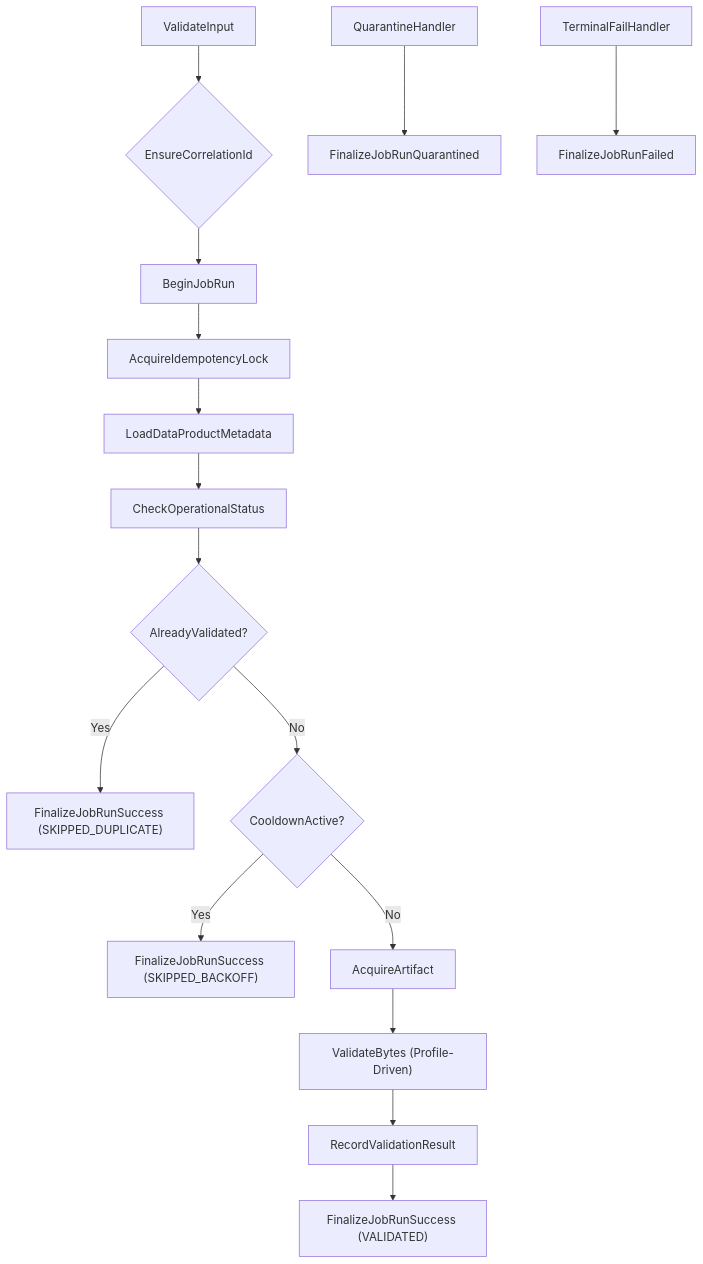
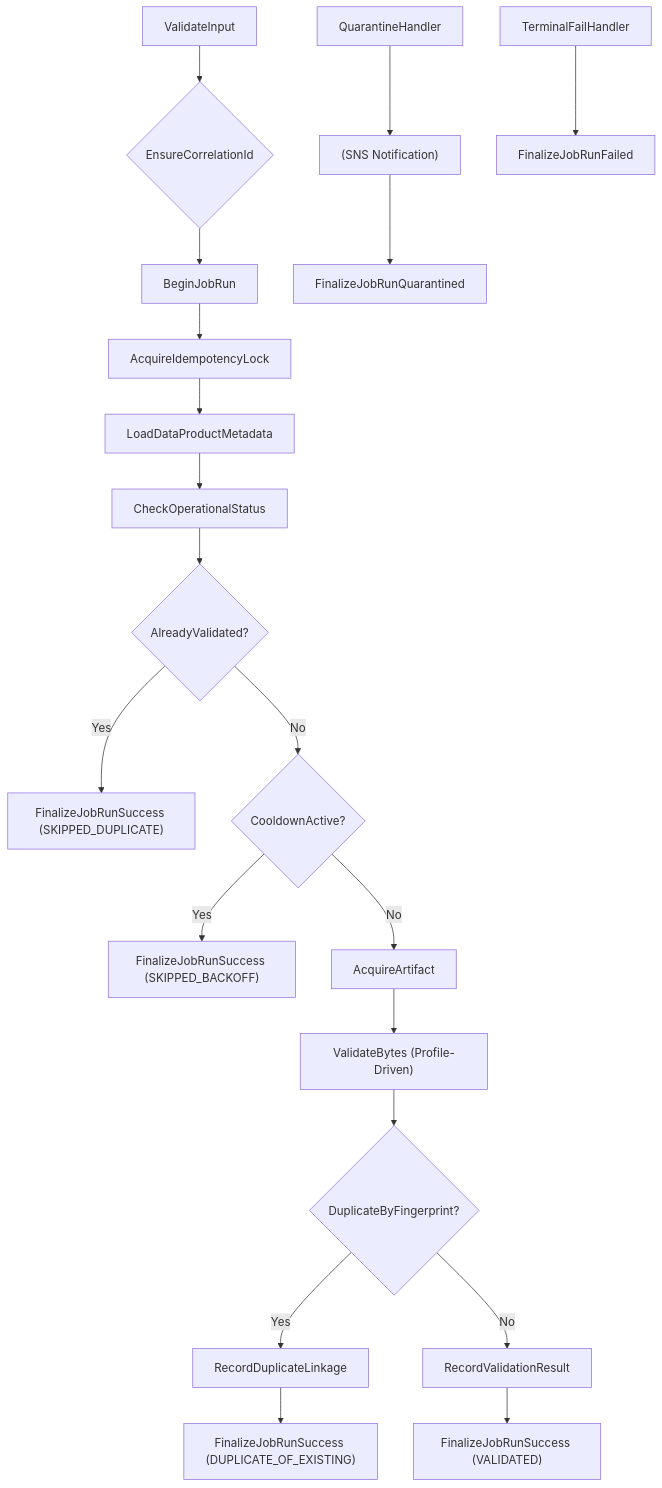
Before and after one commit to finzellt/aws_nova_cat: the diagram in docs/diagrams/workflow-acquire-and-validate-spectra.md, drawn with Mermaid. The commit also changed 9 other files, not shown here.

First line of the commit message:
refactor(workflows): add byte-level dedupe and SNS quarantine notifications

````diff
--- a/docs/diagrams/workflow-acquire-and-validate-spectra.md
+++ b/docs/diagrams/workflow-acquire-and-validate-spectra.md
@@ -1,23 +1,29 @@
 ```mermaid
 flowchart TD
   A[ValidateInput] --> B{EnsureCorrelationId}
   B --> C[BeginJobRun]
   C --> D[AcquireIdempotencyLock]
   D --> E[LoadDataProductMetadata]
   E --> F[CheckOperationalStatus]
 
   F --> G{AlreadyValidated?}
   G -- Yes --> H["FinalizeJobRunSuccess (SKIPPED_DUPLICATE)"]
 
   G -- No --> I{CooldownActive?}
   I -- Yes --> J["FinalizeJobRunSuccess (SKIPPED_BACKOFF)"]
 
   I -- No --> K[AcquireArtifact]
   K --> L["ValidateBytes (Profile-Driven)"]
-  L --> M[RecordValidationResult]
+  L --> DBF{DuplicateByFingerprint?}
+
+  DBF -- Yes --> RDL[RecordDuplicateLinkage]
+  RDL --> ND["FinalizeJobRunSuccess (DUPLICATE_OF_EXISTING)"]
+
+  DBF -- No --> M[RecordValidationResult]
   M --> N["FinalizeJobRunSuccess (VALIDATED)"]
 
-  Q[QuarantineHandler] --> R[FinalizeJobRunQuarantined]
+  Q[QuarantineHandler] --> SS["(SNS Notification)"]
+  SS --> R[FinalizeJobRunQuarantined]
   TF[TerminalFailHandler] --> FF[FinalizeJobRunFailed]
 
 ```
````
